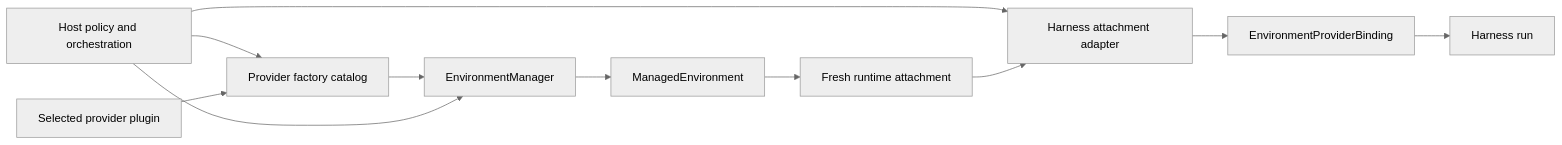
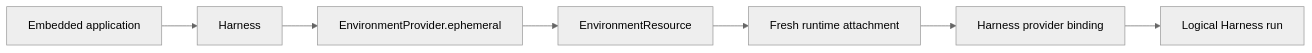
The diagram in docs/agent-environment-provider/index.md (LTThreeComma/agent-foundation), drawn with Mermaid (neutral theme) before and after one commit. The commit also changed other lines of this file and 125 other files, not shown here.

Commit message:
feat: complete Harness runtime and environment contracts (#26)

````diff
--- a/docs/agent-environment-provider/index.md
+++ b/docs/agent-environment-provider/index.md
@@ -15,13 +40,9 @@
 ```mermaid
 flowchart LR
-    Host[Host policy and orchestration] --> Catalog[Provider factory catalog]
-    Plugin[Selected provider plugin] --> Catalog
-    Catalog --> Manager[EnvironmentManager]
-    Host --> Manager
-    Manager --> Resource[ManagedEnvironment]
+    App[Embedded application] --> Harness
+    Harness --> Provider[EnvironmentProvider.ephemeral]
+    Provider --> Resource[EnvironmentResource]
     Resource --> Attachment[Fresh runtime attachment]
-    Host --> Adapter[Harness attachment adapter]
-    Attachment --> Adapter
-    Adapter --> Binding[EnvironmentProviderBinding]
-    Binding --> Run[Harness run]
+    Attachment --> Binding[Harness provider binding]
+    Binding --> Run[Logical Harness run]
 ```
````
